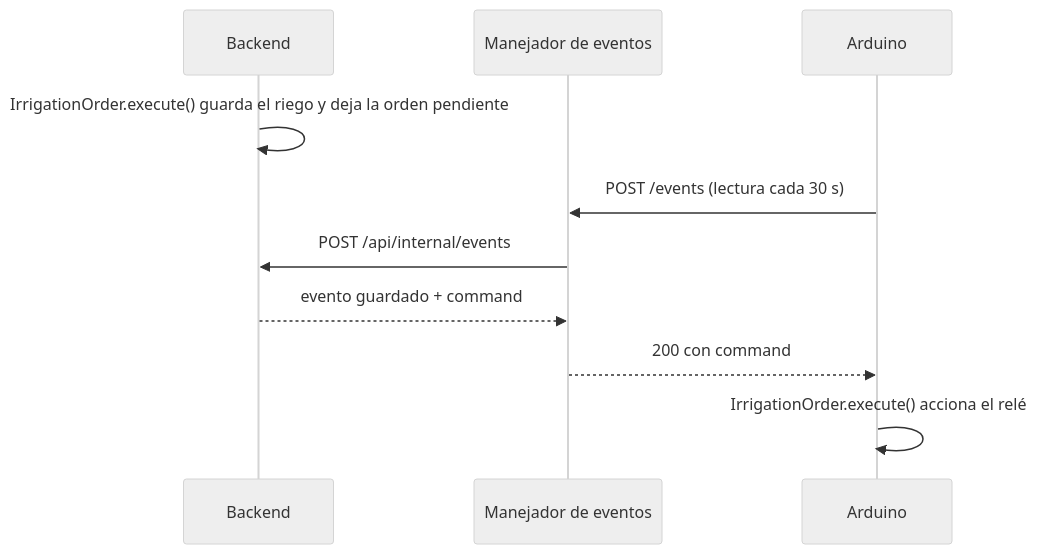
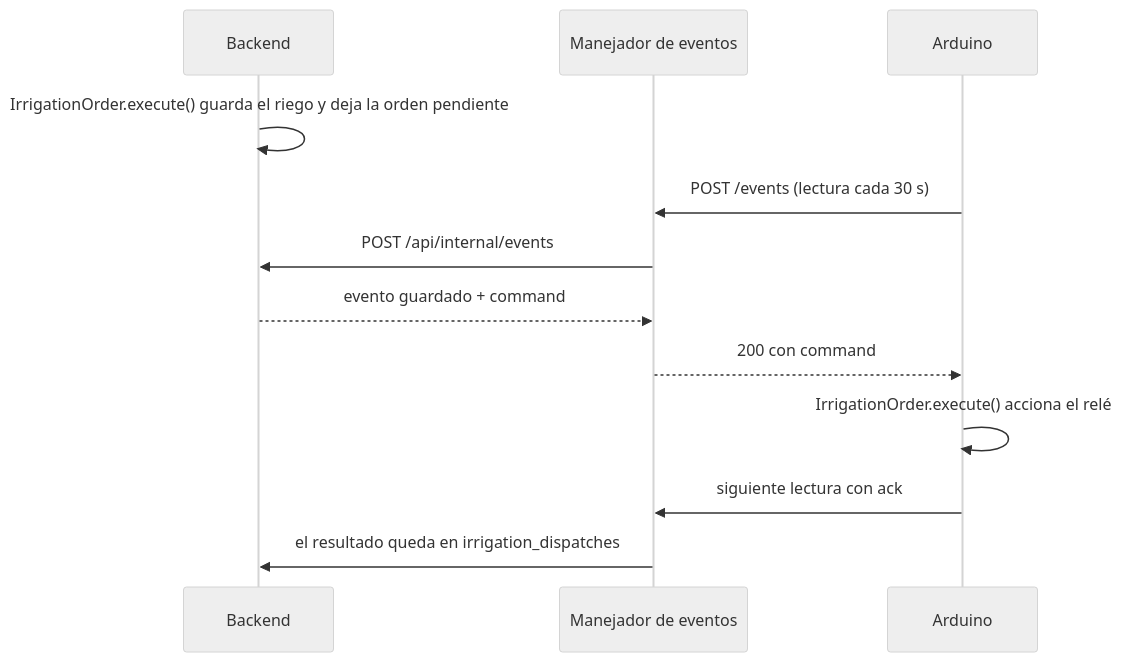
The eighth of 11 diagrams in docs/PATRONES.md (WilliamChavez-Grupo2b/BACKEND-AGROSENSE), drawn with Mermaid (neutral theme) before and after one commit. The commit also changed other lines of this file and 5 other files, not shown here.

First line of the commit message:
docs: add the main README, the demo plan and the final architecture, and bring the patterns up to date

````diff
--- a/docs/PATRONES.md
+++ b/docs/PATRONES.md
@@ -349,12 +360,14 @@
 ```mermaid
 sequenceDiagram
     participant B as Backend
     participant E as Manejador de eventos
     participant A as Arduino
     B->>B: IrrigationOrder.execute() guarda el riego y deja la orden pendiente
     A->>E: POST /events (lectura cada 30 s)
     E->>B: POST /api/internal/events
     B-->>E: evento guardado + command
     E-->>A: 200 con command
     A->>A: IrrigationOrder.execute() acciona el relé
+    A->>E: siguiente lectura con ack
+    E->>B: el resultado queda en irrigation_dispatches
 ```
````
